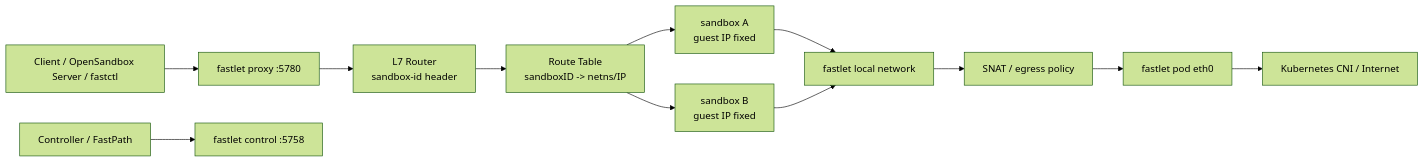
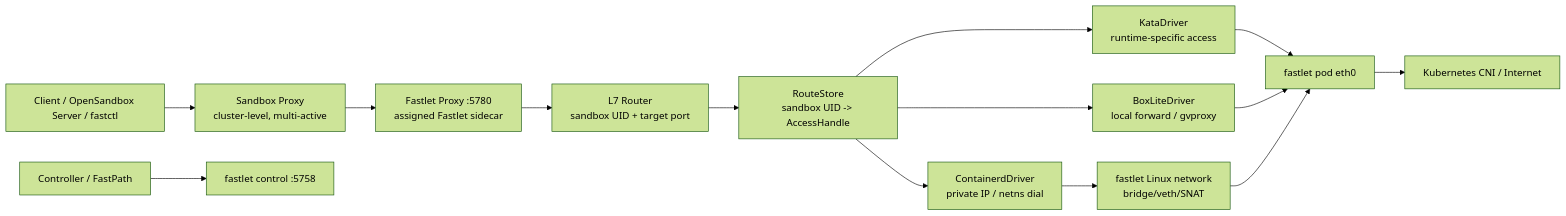
The diagram in docs/superpowers/specs/2026-05-05-fastlet-network-architecture-design.md (opensandbox-group/fast-sandbox), drawn with Mermaid (forest theme) before and after one commit. The commit also changed other lines of this file and 12 other files, not shown here.

Commit message:
docs: freeze fast sandbox refactor architecture

````diff
--- a/docs/superpowers/specs/2026-05-05-fastlet-network-architecture-design.md
+++ b/docs/superpowers/specs/2026-05-05-fastlet-network-architecture-design.md
@@ -102,17 +139,19 @@
 ```mermaid
 flowchart LR
-  Client["Client / OpenSandbox Server / fastctl"] --> Proxy["fastlet proxy :5780"]
+  Client["Client / OpenSandbox Server / fastctl"] --> SandboxProxy["Sandbox Proxy<br/>cluster-level, multi-active"]
+  SandboxProxy --> Proxy["Fastlet Proxy :5780<br/>assigned Fastlet sidecar"]
   Controller["Controller / FastPath"] --> Control["fastlet control :5758"]
 
-  Proxy --> Router["L7 Router<br/>sandbox-id header"]
-  Router --> Table["Route Table<br/>sandboxID -> netns/IP"]
+  Proxy --> Router["L7 Router<br/>sandbox UID + target port"]
+  Router --> Table["RouteStore<br/>sandbox UID -> AccessHandle"]
 
-  Table --> S1["sandbox A<br/>guest IP fixed"]
-  Table --> S2["sandbox B<br/>guest IP fixed"]
+  Table --> C["ContainerdDriver<br/>private IP / netns dial"]
+  Table --> K["KataDriver<br/>runtime-specific access"]
+  Table --> B["BoxLiteDriver<br/>local forward / gvproxy"]
 
-  S1 --> LocalNet["fastlet local network"]
-  S2 --> LocalNet
-  LocalNet --> NAT["SNAT / egress policy"]
-  NAT --> PodEth["fastlet pod eth0"]
+  C --> LocalNet["fastlet Linux network<br/>bridge/veth/SNAT"]
+  K --> PodEth["fastlet pod eth0"]
+  B --> PodEth
+  LocalNet --> PodEth
   PodEth --> Cluster["Kubernetes CNI / Internet"]
 ```
````
